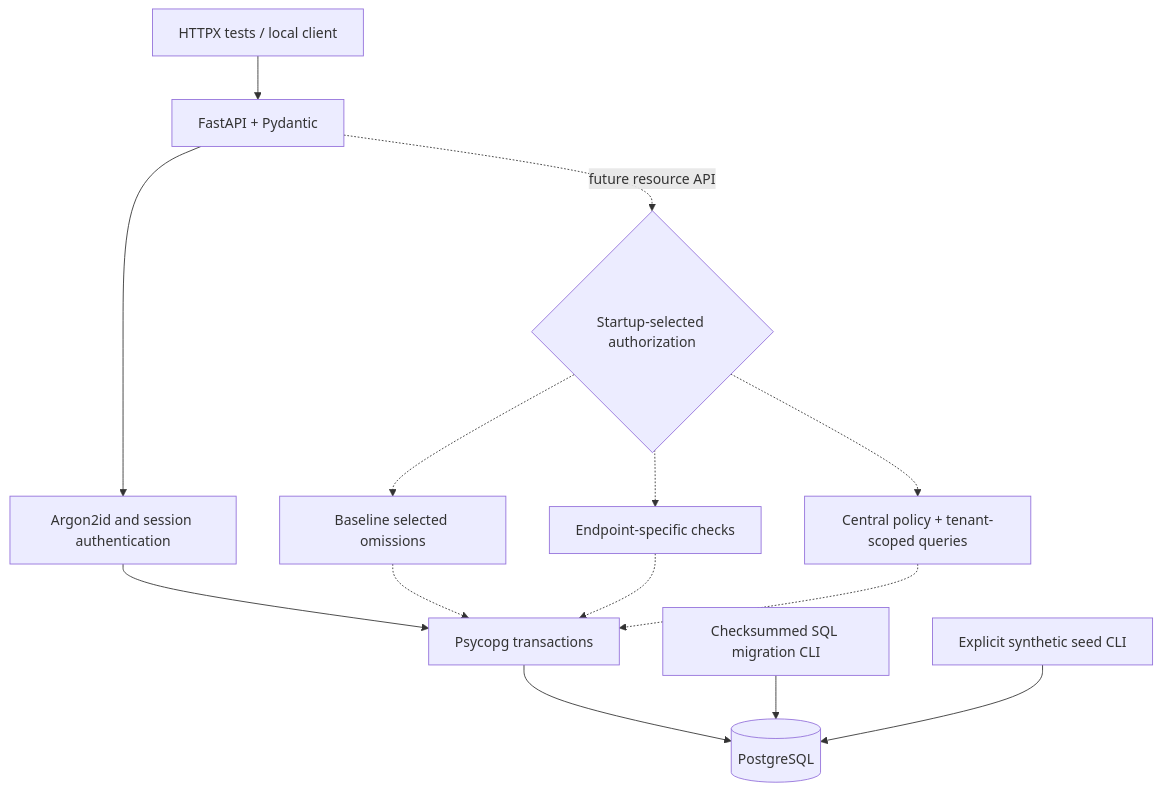
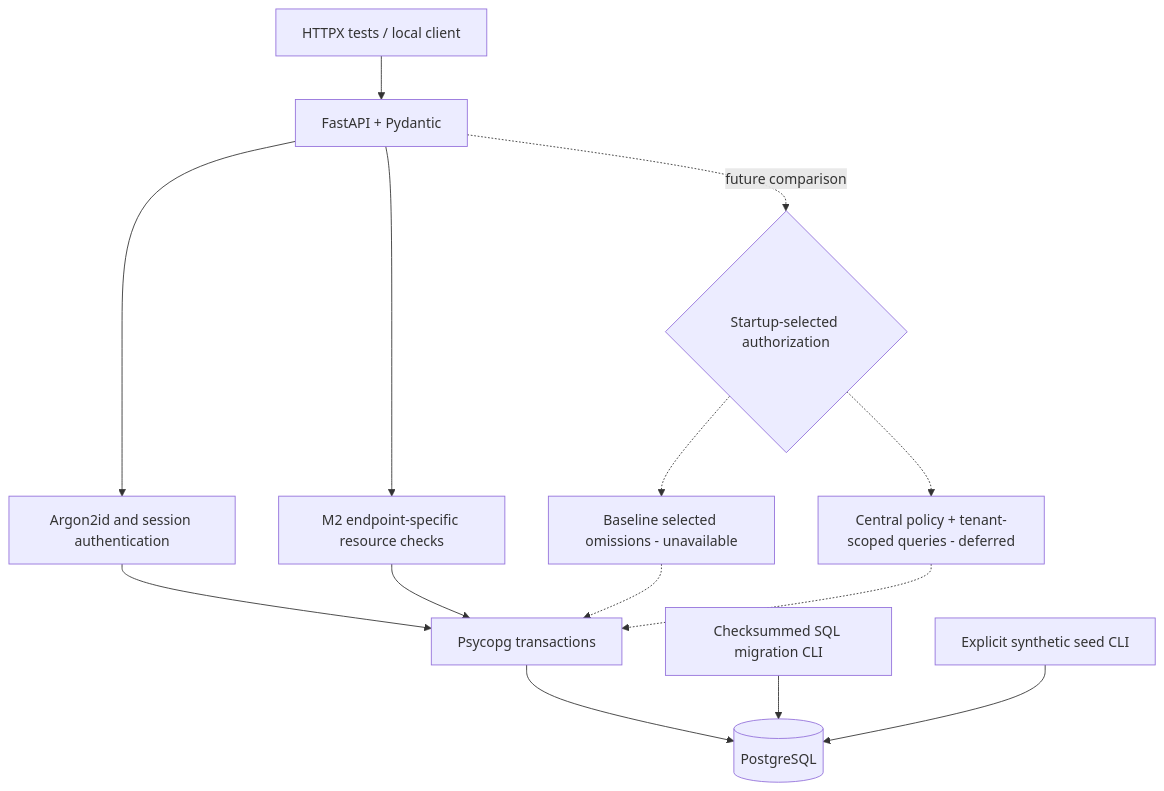
One commit to rorarun/bola-security-lab changed the first of 2 diagrams in docs/architecture.md. Above: the diagram before and after it, drawn with Mermaid. The commit also changed other lines of this file and 33 other files, not shown here.

Commit message:
Implement M2 collaborative task API with endpoint-specific authorization

````diff
--- a/docs/architecture.md
+++ b/docs/architecture.md
@@ -7,16 +8,16 @@
 ```mermaid
 flowchart TD
     C[HTTPX tests / local client] --> F[FastAPI + Pydantic]
     F --> A[Argon2id and session authentication]
     A --> Q[Psycopg transactions]
     Q --> D[(PostgreSQL)]
     M[Checksummed SQL migration CLI] --> D
     S[Explicit synthetic seed CLI] --> D
-    F -. future resource API .-> P{Startup-selected authorization}
-    P -.-> B[Baseline selected omissions]
-    P -.-> E[Endpoint-specific checks]
-    P -.-> H[Central policy + tenant-scoped queries]
+    F --> E[M2 endpoint-specific resource checks]
+    E --> Q
+    F -. future comparison .-> P{Startup-selected authorization}
+    P -.-> B[Baseline selected omissions - unavailable]
+    P -.-> H[Central policy + tenant-scoped queries - deferred]
     B -.-> Q
-    E -.-> Q
     H -.-> Q
 ```
````
